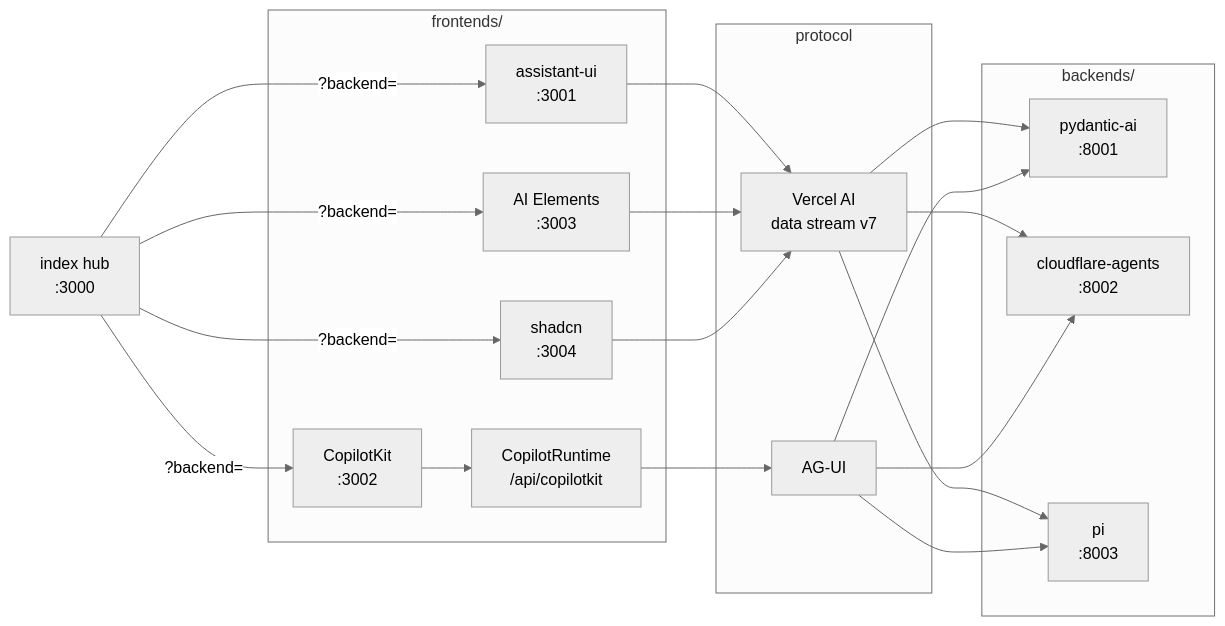
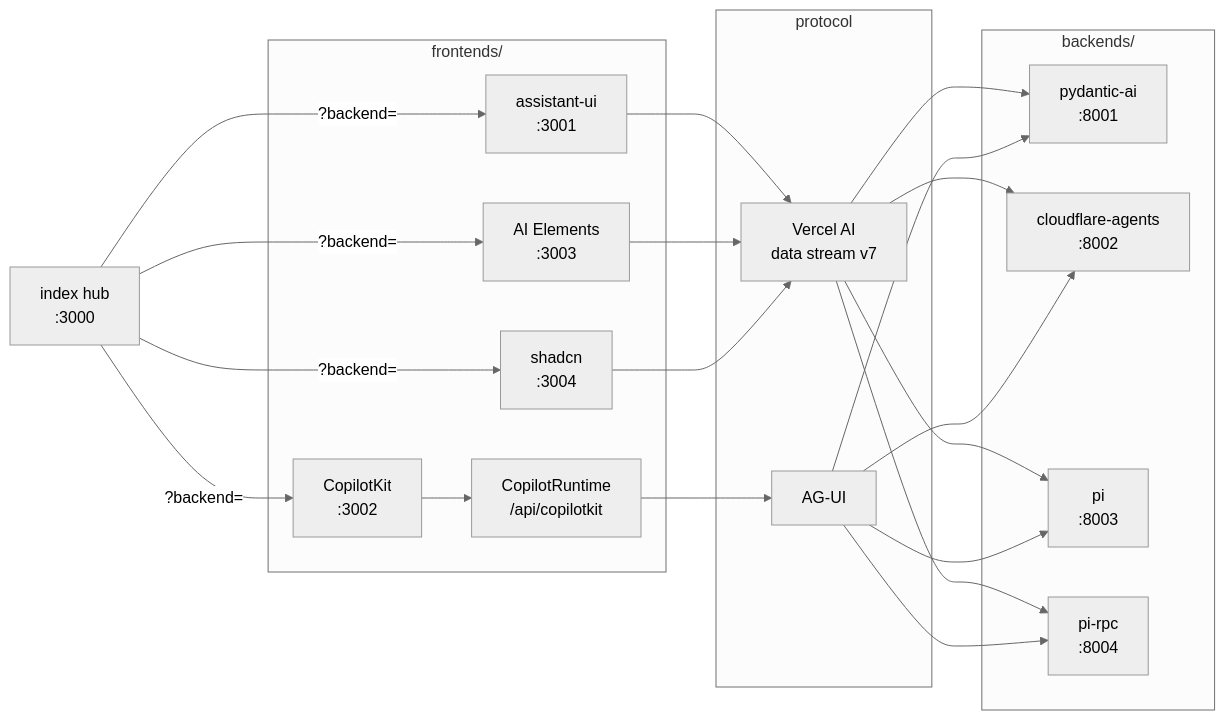
Before and after one commit to fairchild/chat-matrix: the first of 2 diagrams in docs/architecture.md, drawn with Mermaid (neutral theme). The commit also changed other lines of this file and 1 other file, not shown here.

First line of the commit message:
docs: record the pi-rpc backend in the architecture diagram and the contract

````diff
--- a/docs/architecture.md
+++ b/docs/architecture.md
@@ -33,34 +33,37 @@
 ```mermaid
 flowchart LR
   H["index hub<br/>:3000"]
   subgraph F["frontends/"]
     A1["assistant-ui<br/>:3001"]
     A2["CopilotKit<br/>:3002"]
     A2R["CopilotRuntime<br/>/api/copilotkit"]
     A3["AI Elements<br/>:3003"]
     A4["shadcn<br/>:3004"]
   end
   subgraph P["protocol"]
     P1["Vercel AI<br/>data stream v7"]
     P2["AG-UI"]
   end
   subgraph B["backends/"]
     B1["pydantic-ai<br/>:8001"]
     B2["cloudflare-agents<br/>:8002"]
     B3["pi<br/>:8003"]
+    B4["pi-rpc<br/>:8004"]
   end
 
   H -->|"?backend="| A1 & A2 & A3 & A4
   A1 --> P1
   A3 --> P1
   A4 --> P1
   A2 --> A2R
   A2R --> P2
   P1 --> B1
   P2 --> B1
   P1 --> B2
   P2 --> B2
   P1 --> B3
   P2 --> B3
+  P1 --> B4
+  P2 --> B4
 
 ```
````
